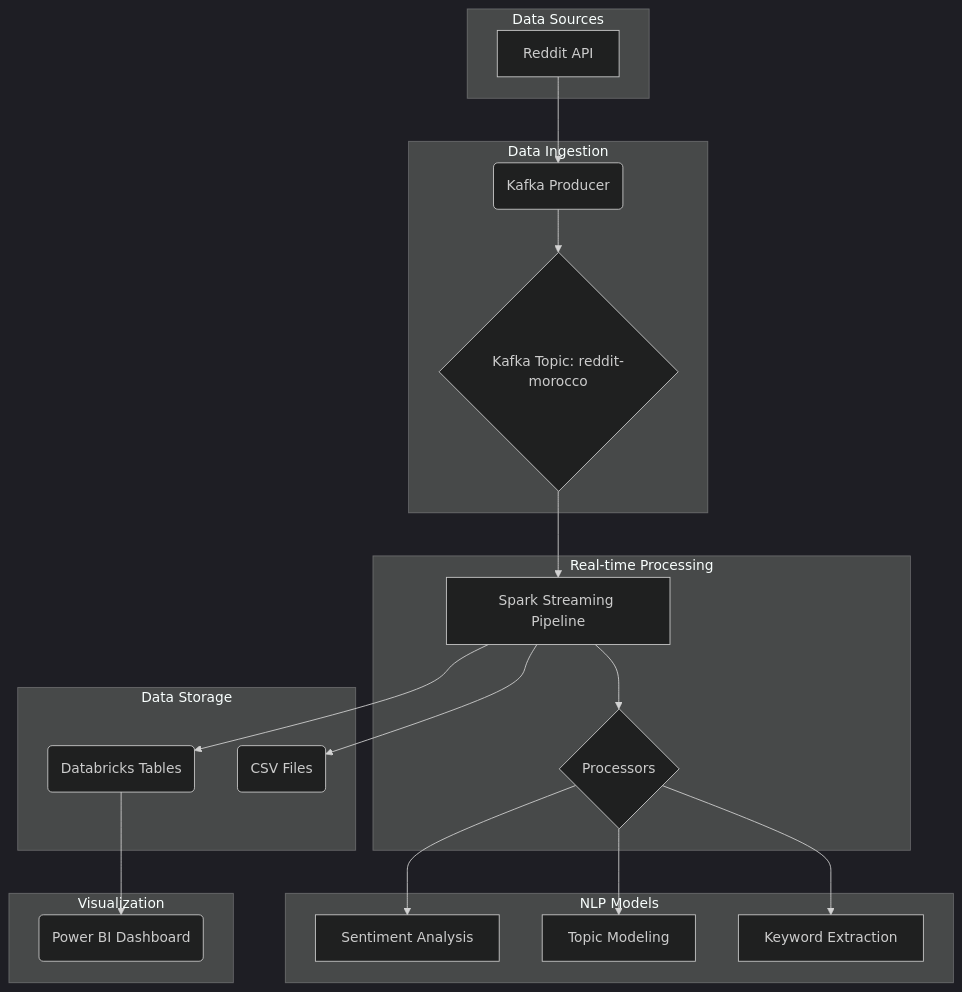
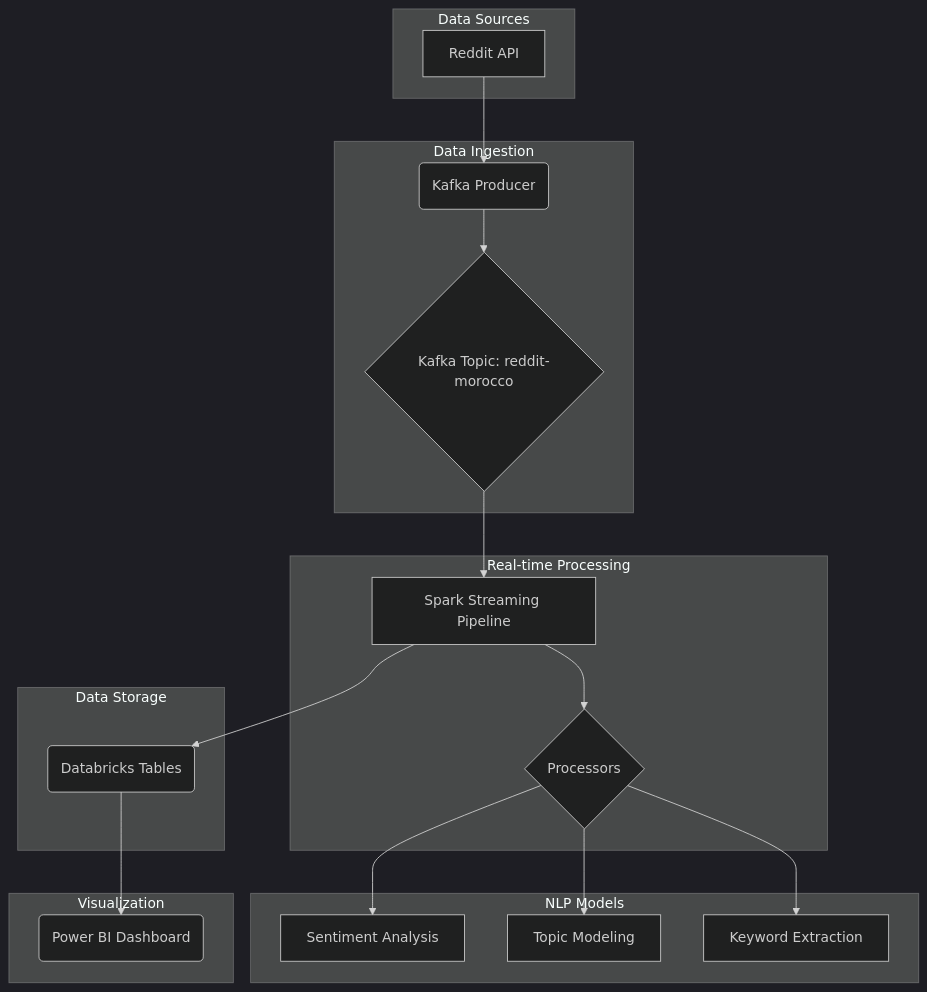
The diagram in README.md (mouadenna/Reddit-comm-radar), drawn with Mermaid (dark theme) before and after one commit.

````diff
--- a/README.md
+++ b/README.md
@@ -9,42 +9,40 @@
 ```mermaid
 graph TD
     A[Reddit API] --> B(Kafka Producer);
     B --> C{Kafka Topic: reddit-morocco};
     C --> D[Spark Streaming Pipeline];
     D --> E{Processors};
     E --> F[Sentiment Analysis];
     E --> G[Topic Modeling];
     E --> H[Keyword Extraction];
     D --> I(Databricks Tables);
-    D --> J(CSV Files);
     I --> K(Power BI Dashboard);
 
     subgraph "Data Sources"
         A
     end
 
     subgraph "Data Ingestion"
         B
         C
     end
 
     subgraph "Real-time Processing"
         D
         E
     end
 
     subgraph "NLP Models"
         F
         G
         H
     end
 
     subgraph "Data Storage"
         I
-        J
     end
 
     subgraph "Visualization"
         K
     end
 ```
````
